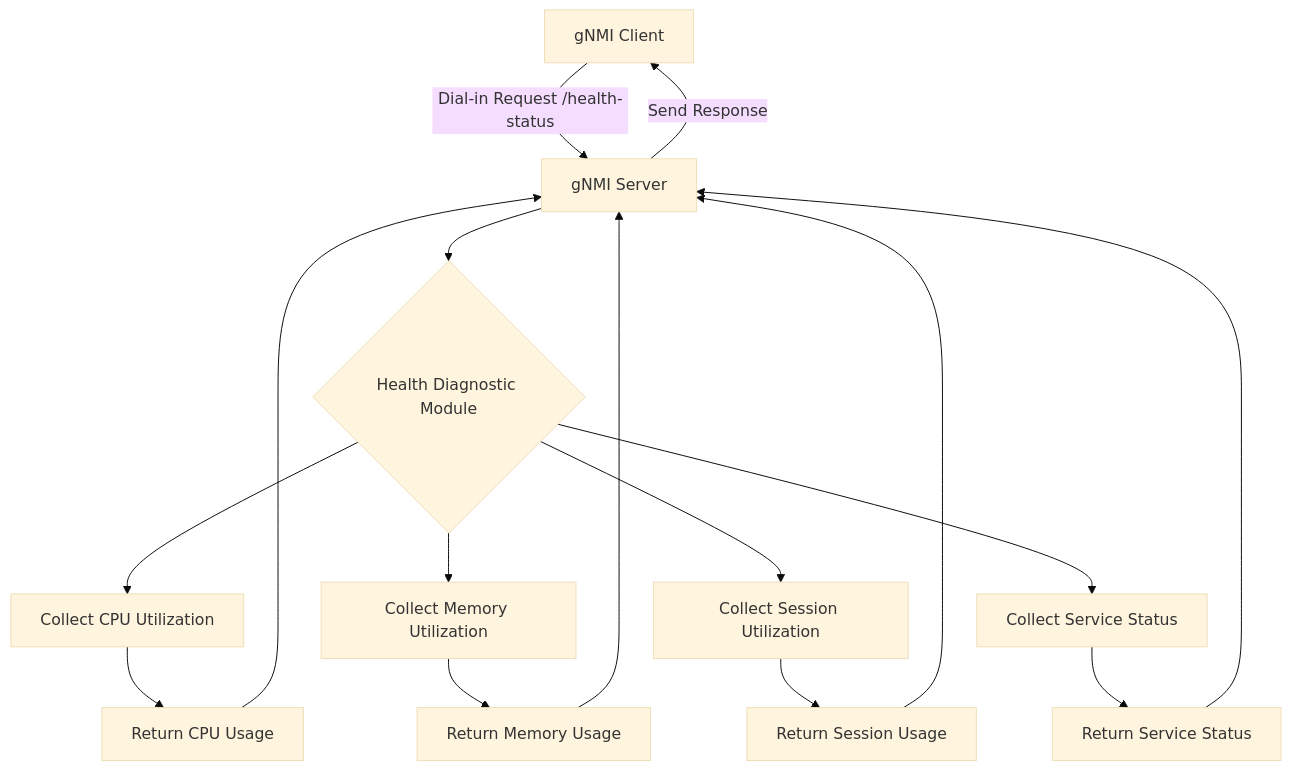
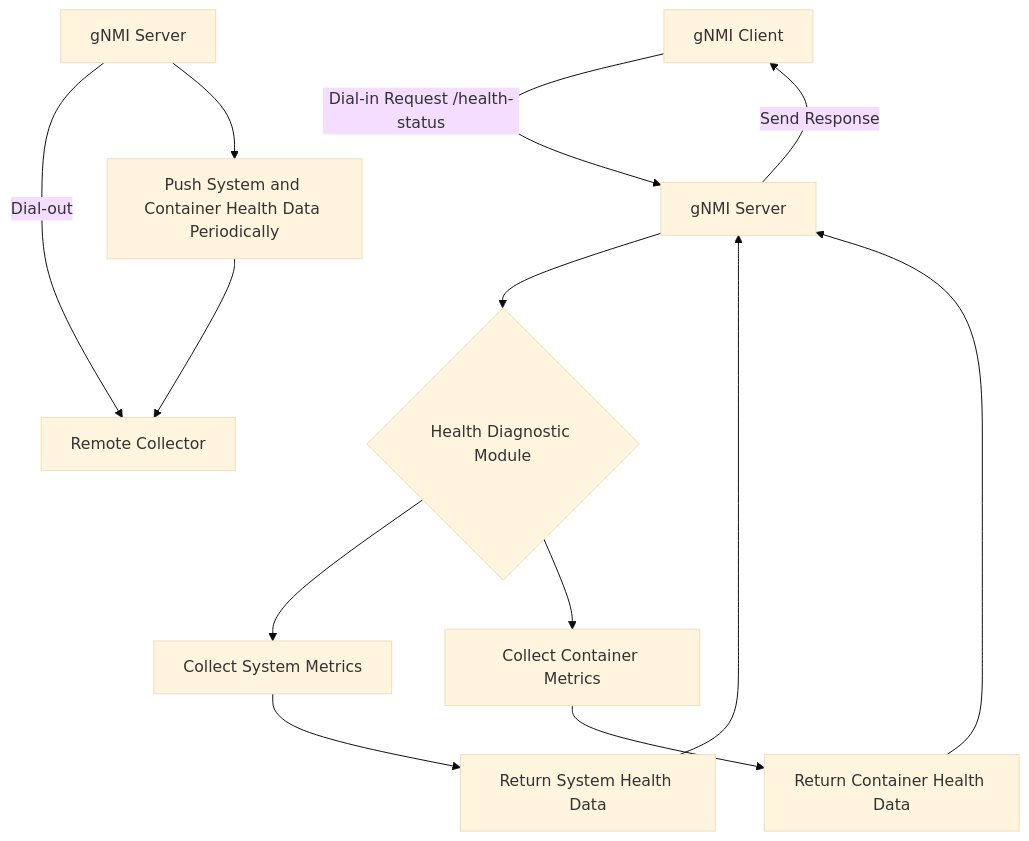
The diagram in doc/mgmt/gnmi/gNMI_Health_Diag.md (sonic-net/SONiC), drawn with Mermaid (base theme) before and after one commit. The commit also changed other lines of this file, not shown here.

Commit message:
Add two levels health

````diff
--- a/doc/mgmt/gnmi/gNMI_Health_Diag.md
+++ b/doc/mgmt/gnmi/gNMI_Health_Diag.md
@@ -190,18 +184,16 @@
 ```mermaid
 graph TD
     A[gNMI Client] -->|Dial-in Request /health-status| B[gNMI Server]
     B --> C{Health Diagnostic Module}
-    C --> D[Collect CPU Utilization]
-    C --> E[Collect Memory Utilization]
-    C --> F[Collect Session Utilization]
-    C --> G[Collect Service Status]
-    D --> H[Return CPU Usage]
-    E --> I[Return Memory Usage]
-    F --> J[Return Session Usage]
-    G --> K[Return Service Status]
-    H --> B
-    I --> B
-    J --> B
-    K --> B
+    C --> D[Collect System Metrics]
+    C --> E[Collect Container Metrics]
+    D --> F[Return System Health Data]
+    E --> G[Return Container Health Data]
+    F --> B
+    G --> B
     B -->|Send Response| A
+
+    H[gNMI Server] -->|Dial-out| I[Remote Collector]
+    H --> J[Push System and Container Health Data Periodically]
+    J --> I
 ```
````
